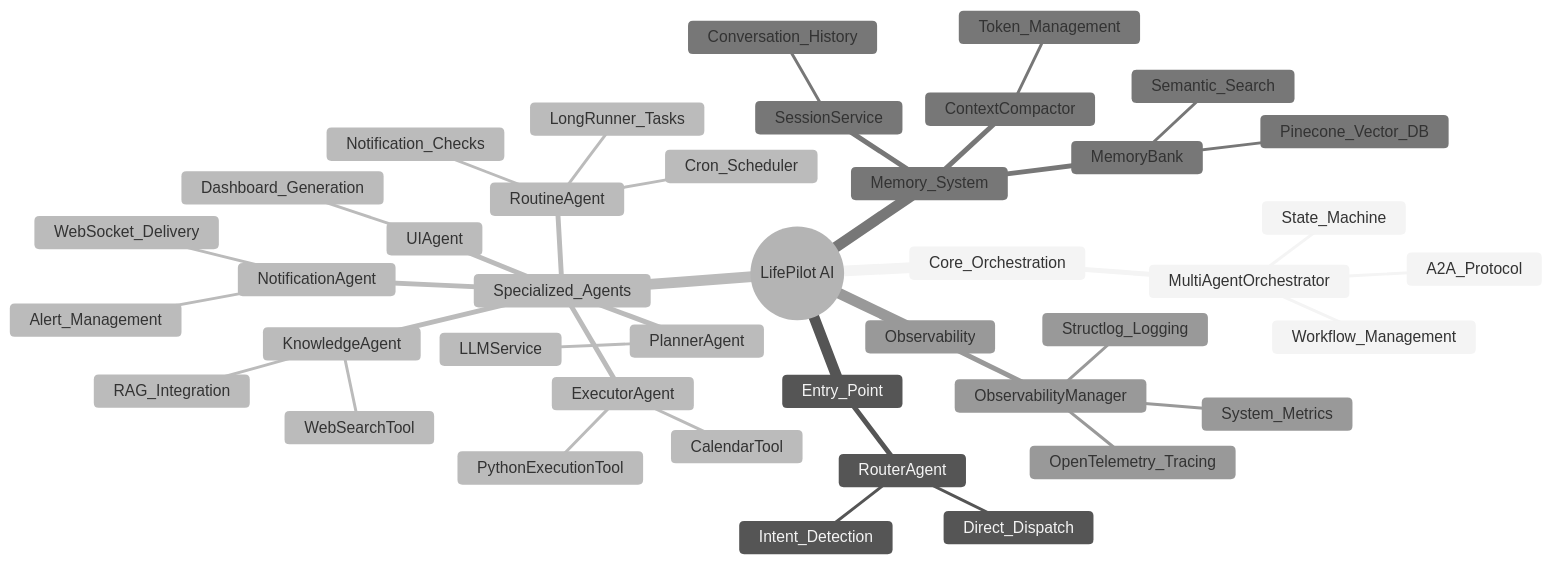
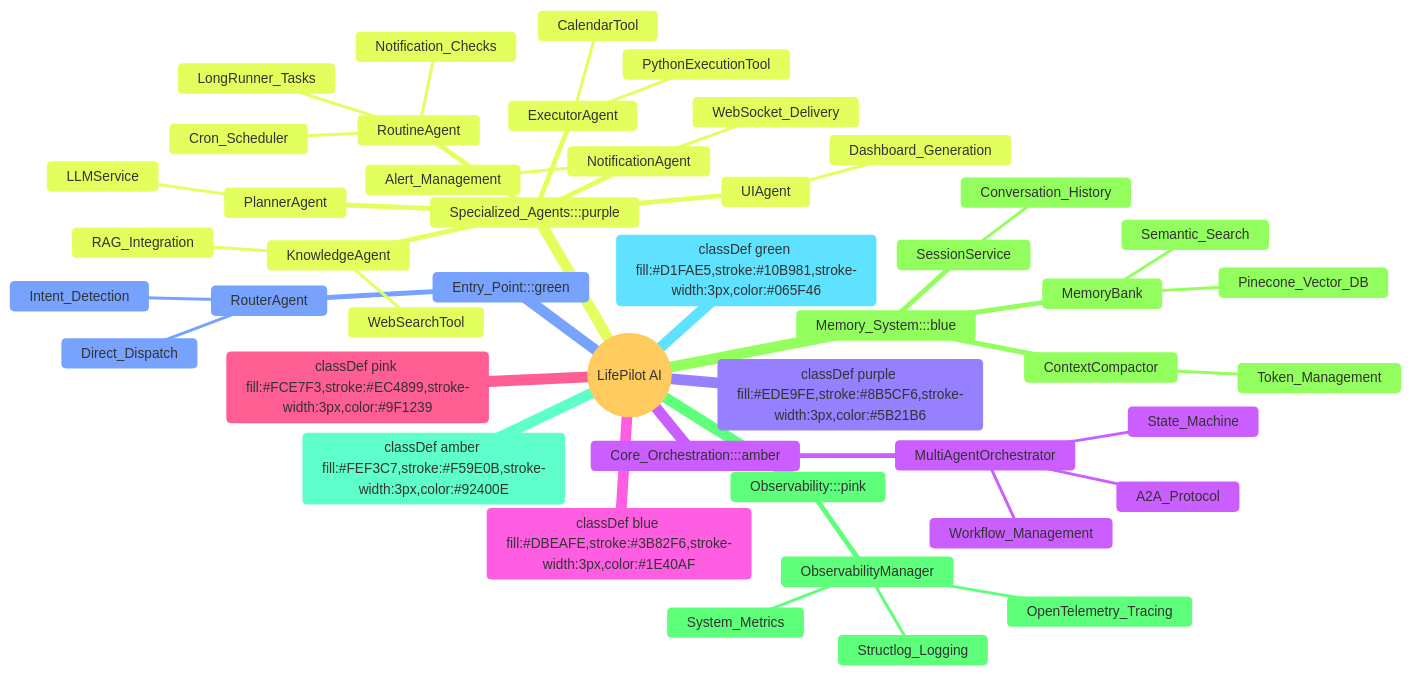
One commit to JayChauhan3/lifepilot changed the second of 2 diagrams in README.md. Above: the diagram before and after it, drawn with Mermaid.

````diff
--- a/README.md
+++ b/README.md
@@ -137,45 +137,51 @@
 ```mermaid
-%%{init: {'theme': 'neutral', 'themeVariables': { 'primaryColor': '#E0E7FF', 'primaryTextColor': '#1E293B', 'primaryBorderColor': '#4F46E5', 'lineColor': '#94A3B8', 'secondaryColor': '#D1FAE5', 'secondaryTextColor': '#1E293B', 'secondaryBorderColor': '#10B981', 'tertiaryColor': '#FEF3C7', 'tertiaryTextColor': '#1E293B', 'tertiaryBorderColor': '#F59E0B'}}}%%
+%%{init: {'theme': 'base', 'themeVariables': { 'fontSize': '14px' }}}%%
 mindmap
   root((LifePilot AI))
-    Core_Orchestration
+    Core_Orchestration:::amber
       MultiAgentOrchestrator
         Workflow_Management
         State_Machine
         A2A_Protocol
-    Entry_Point
+    Entry_Point:::green
       RouterAgent
         Intent_Detection
         Direct_Dispatch
-    Specialized_Agents
+    Specialized_Agents:::purple
       PlannerAgent
         LLMService
       ExecutorAgent
         CalendarTool
         PythonExecutionTool
       KnowledgeAgent
         WebSearchTool
         RAG_Integration
       NotificationAgent
         Alert_Management
         WebSocket_Delivery
       RoutineAgent
         Cron_Scheduler
         LongRunner_Tasks
         Notification_Checks
       UIAgent
         Dashboard_Generation
-    Memory_System
+    Memory_System:::blue
       MemoryBank
         Pinecone_Vector_DB
         Semantic_Search
       SessionService
         Conversation_History
       ContextCompactor
         Token_Management
-    Observability
+    Observability:::pink
       ObservabilityManager
         OpenTelemetry_Tracing
         Structlog_Logging
         System_Metrics
+        
+    classDef amber fill:#FEF3C7,stroke:#F59E0B,stroke-width:3px,color:#92400E
+    classDef green fill:#D1FAE5,stroke:#10B981,stroke-width:3px,color:#065F46
+    classDef purple fill:#EDE9FE,stroke:#8B5CF6,stroke-width:3px,color:#5B21B6
+    classDef blue fill:#DBEAFE,stroke:#3B82F6,stroke-width:3px,color:#1E40AF
+    classDef pink fill:#FCE7F3,stroke:#EC4899,stroke-width:3px,color:#9F1239
 ```
````
